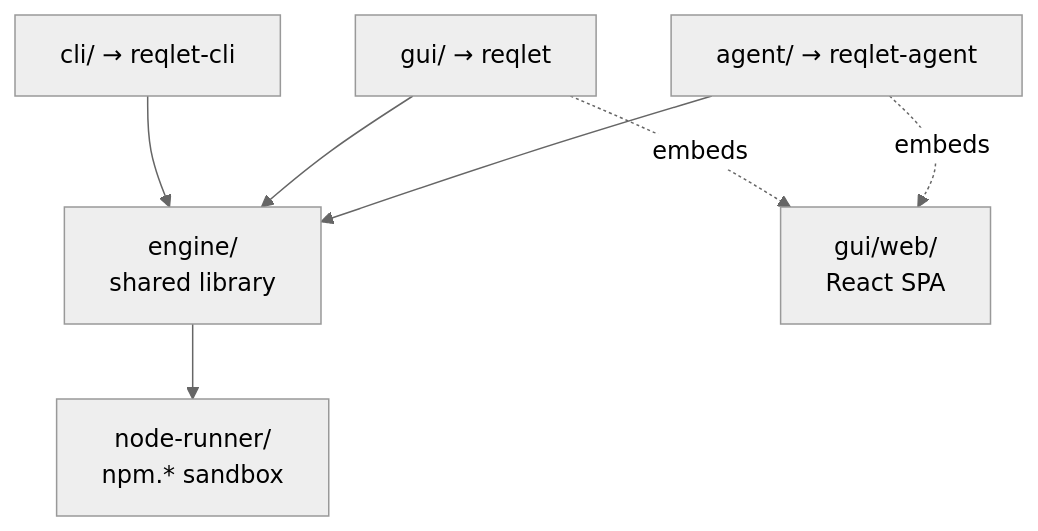
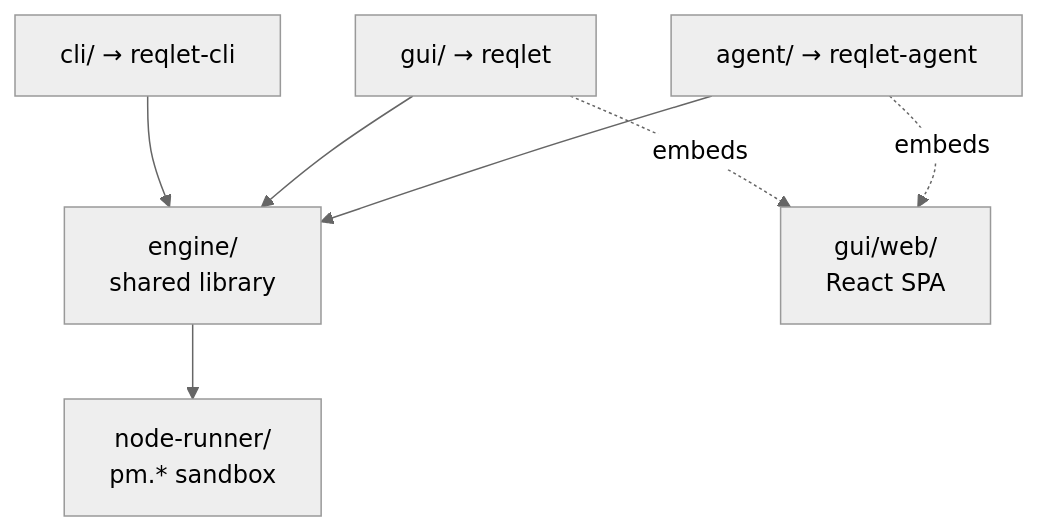
One commit to guillaumedelre/reqlet changed the first of 3 diagrams in docs/architecture.md. Above: the diagram before and after it, drawn with Mermaid (neutral theme). The commit also changed other lines of this file and 11 other files, not shown here.

````diff
--- a/docs/architecture.md
+++ b/docs/architecture.md
@@ -16,19 +16,19 @@
 ```mermaid
 graph TD
     Engine["engine/
     shared library"]
     CLI["cli/ → reqlet-cli"]
     GUI["gui/ → reqlet"]
     Agent["agent/ → reqlet-agent"]
     NodeRunner["node-runner/
-    npm.* sandbox"]
+    pm.* sandbox"]
     WebUI["gui/web/
     React SPA"]
 
     CLI --> Engine
     GUI --> Engine
     Agent --> Engine
     Engine --> NodeRunner
     GUI -. embeds .-> WebUI
     Agent -. embeds .-> WebUI
 ```
````
